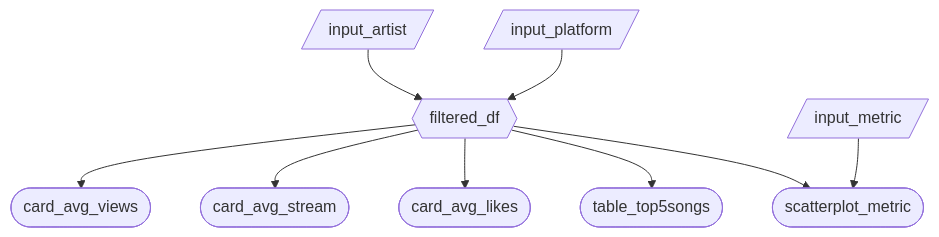
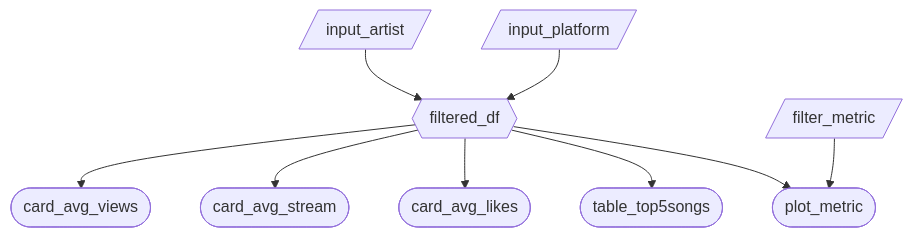
One commit to UBC-MDS/DSCI-532_2026_Group_31_Chartify changed the diagram in reports/m2_spec.md. Above: the diagram before and after it, drawn with Mermaid. The commit also changed other lines of this file and 1 other file, not shown here.

````diff
--- a/reports/m2_spec.md
+++ b/reports/m2_spec.md
@@ -27,11 +27,11 @@
 ```mermaid
 flowchart TD
   In1[/input_artist/] --> F{{filtered_df}}
   In2[/input_platform/] --> F
-  In3[/input_metric/] --> P1([scatterplot_metric])
+  In3[/filter_metric/] --> P1([plot_metric])
   F --> C1([card_avg_views])
   F --> C2([card_avg_stream])
   F --> C3([card_avg_likes])
   F --> T1([table_top5songs])
   F --> P1
 ```
````
